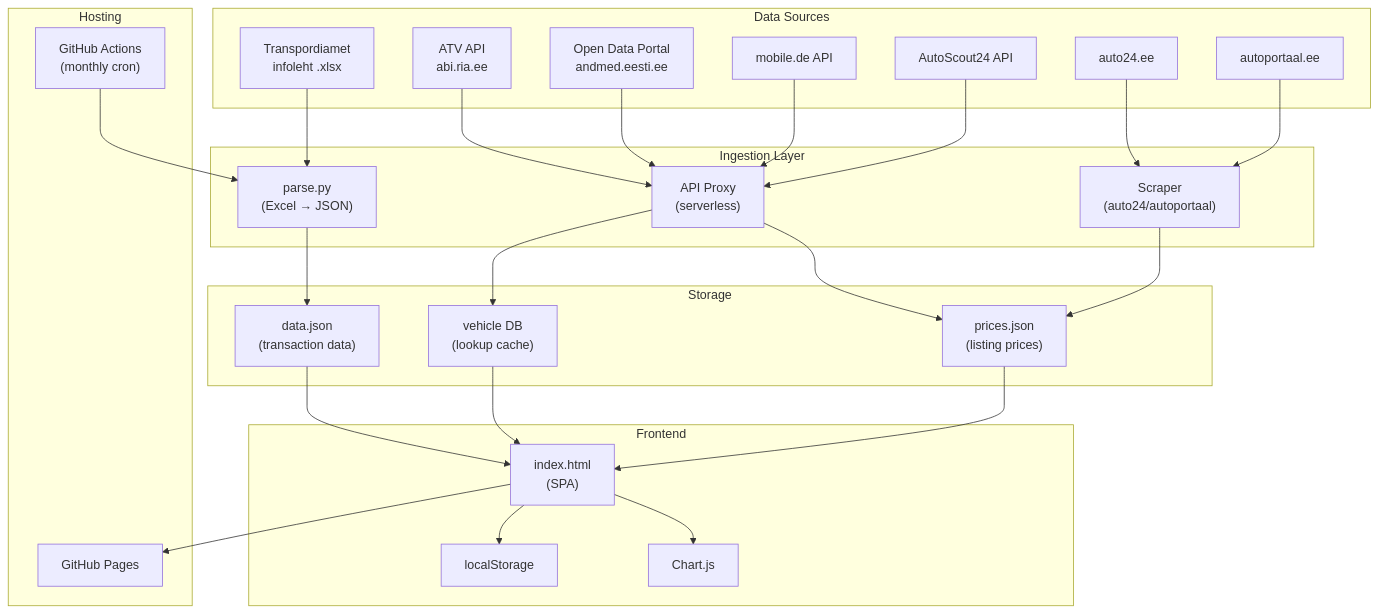
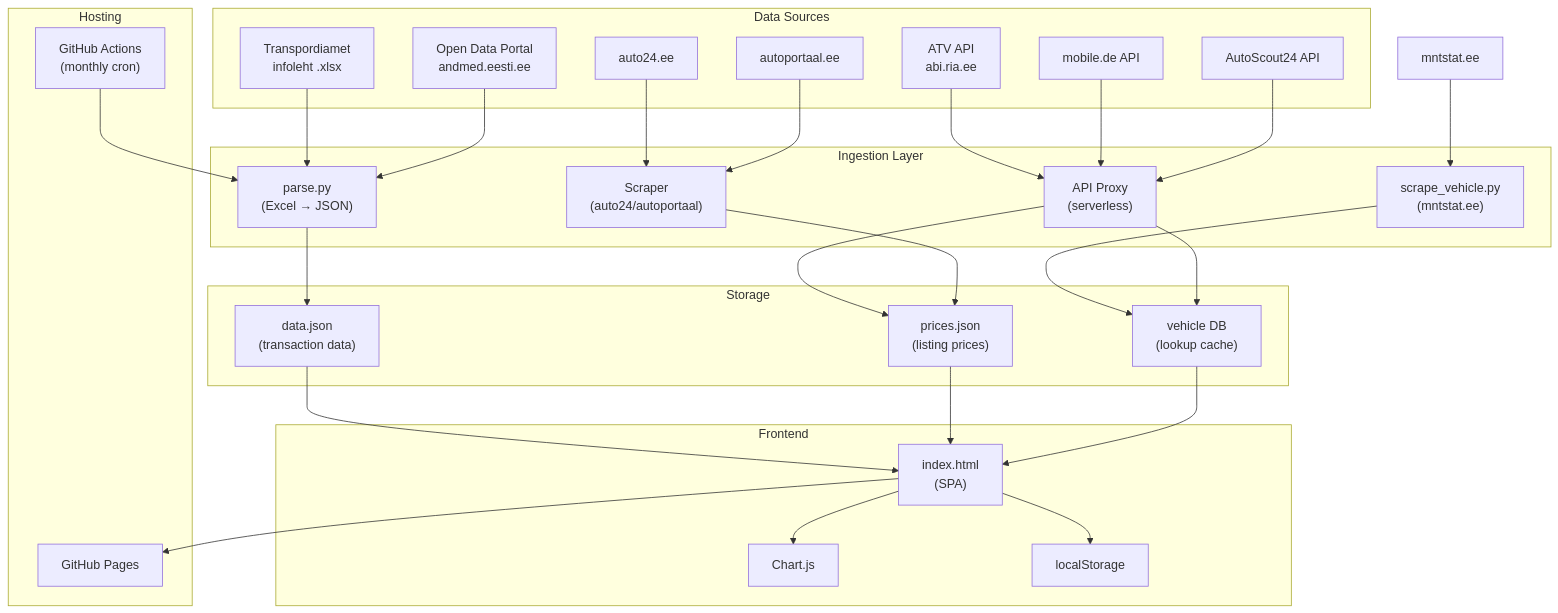
The first of 2 diagrams in docs/architecture.md (juulchristopher/autoturg), drawn with Mermaid before and after one commit. The commit also changed other lines of this file and 5 other files, not shown here.

````diff
--- a/docs/architecture.md
+++ b/docs/architecture.md
@@ -11,54 +11,57 @@
 ```mermaid
 flowchart TB
     subgraph sources["Data Sources"]
         TA["Transpordiamet\ninfoleht .xlsx"]
         ATV["ATV API\nabi.ria.ee"]
         ODP["Open Data Portal\nandmed.eesti.ee"]
         MDE["mobile.de API"]
         AS24["AutoScout24 API"]
         A24["auto24.ee"]
         AP["autoportaal.ee"]
     end
 
     subgraph ingestion["Ingestion Layer"]
         PP["parse.py\n(Excel → JSON)"]
+        SV["scrape_vehicle.py\n(mntstat.ee)"]
         API_PROXY["API Proxy\n(serverless)"]
         SCRAPER["Scraper\n(auto24/autoportaal)"]
     end
 
     subgraph storage["Storage"]
         DJ["data.json\n(transaction data)"]
         PJ["prices.json\n(listing prices)"]
         VDB["vehicle DB\n(lookup cache)"]
     end
 
     subgraph frontend["Frontend"]
         SPA["index.html\n(SPA)"]
         CJS["Chart.js"]
         LS["localStorage"]
     end
 
     subgraph hosting["Hosting"]
         GHP["GitHub Pages"]
         GHA["GitHub Actions\n(monthly cron)"]
     end
 
     TA --> PP
+    ODP --> PP
     PP --> DJ
+    MNT["mntstat.ee"] --> SV
+    SV --> VDB
     ATV --> API_PROXY
-    ODP --> API_PROXY
     MDE --> API_PROXY
     AS24 --> API_PROXY
     A24 --> SCRAPER
     AP --> SCRAPER
     API_PROXY --> PJ
     API_PROXY --> VDB
     SCRAPER --> PJ
     DJ --> SPA
     PJ --> SPA
     VDB --> SPA
     SPA --> CJS
     SPA --> LS
     GHA --> PP
     SPA --> GHP
 ```
````
